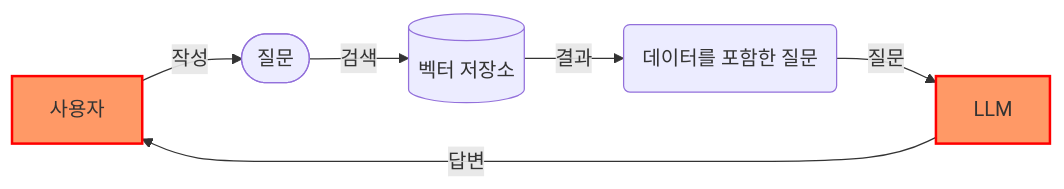
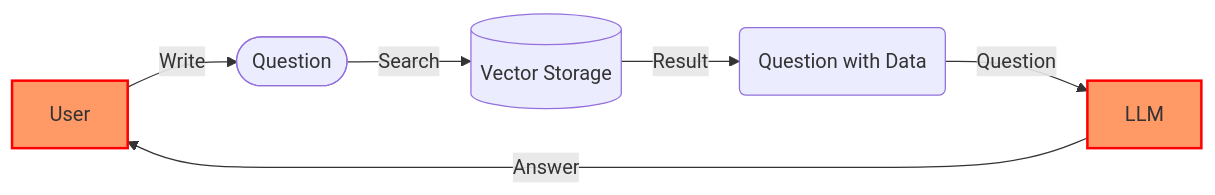
The diagram in ko/realbits/overview.md (realbits-lab/gitbook), drawn with Mermaid before and after one commit. The commit also changed other lines of this file, not shown here.

Commit message:
💬Generate LLM translations

````diff
--- a/ko/realbits/overview.md
+++ b/ko/realbits/overview.md
@@ -17,11 +17,11 @@
 ```mermaid
 graph LR
   style U fill:#f96,stroke:#f00,stroke-width:2px
   style L fill:#f96,stroke:#f00,stroke-width:2px
 
-  U["사용자"] -->|작성|Q(["질문"])
-  Q -->|검색|V[("벡터 저장소")]
-  V -->|결과|T("데이터를 포함한 질문")
-  T -->|질문|L["LLM"]
-  L -->|답변|U
+  U["User"] -->|Write|Q(["Question"])
+  Q -->|Search|V[("Vector Storage")]
+  V -->|Result|T("Question with Data")
+  T -->|Question|L["LLM"]
+  L -->|Answer|U
 ```
````
